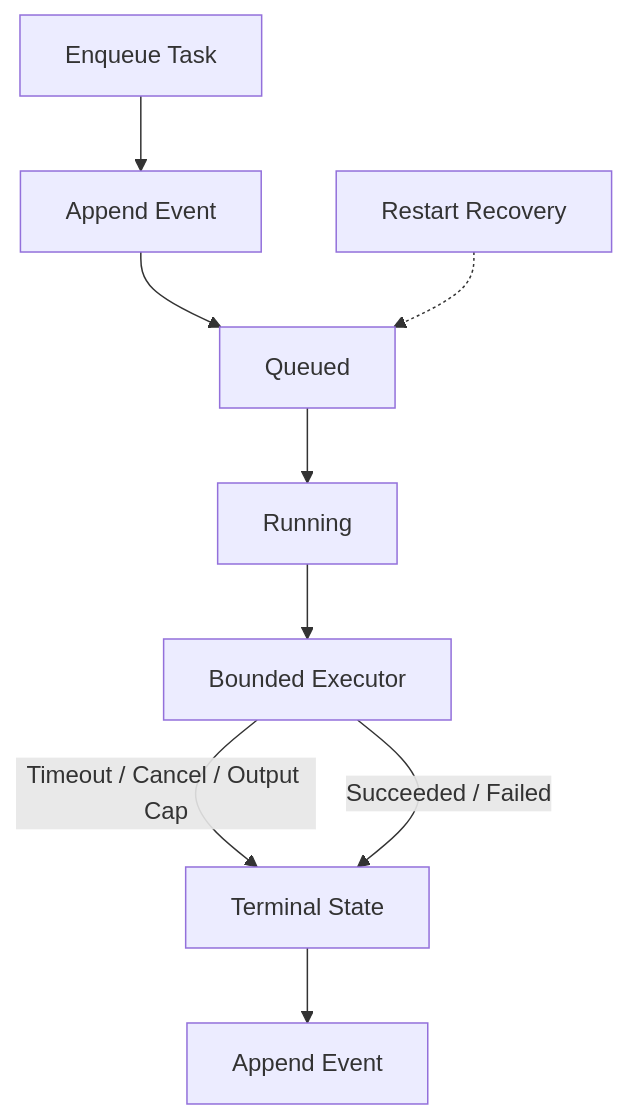
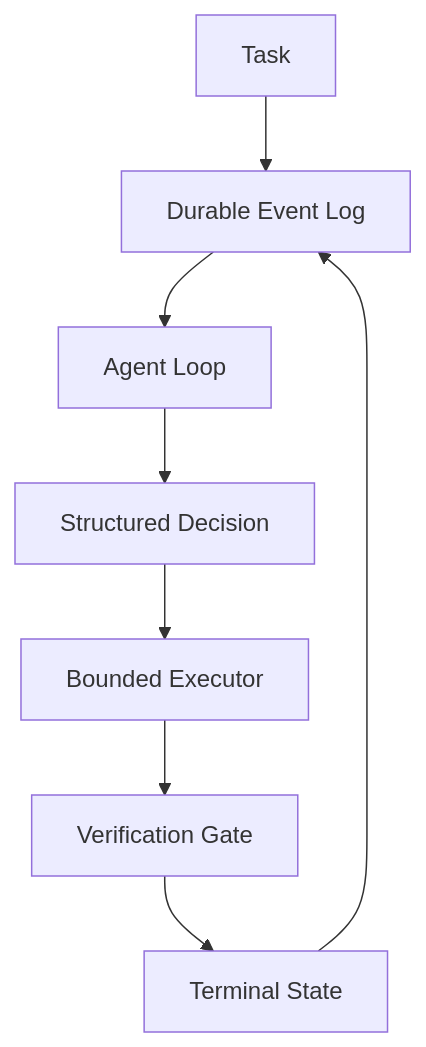
One commit to rustfuture/rust-agent-runtime changed the diagram in README.md. Above: the diagram before and after it, drawn with Mermaid. The commit also changed other lines of this file, not shown here.

````diff
--- a/README.md
+++ b/README.md
@@ -95,11 +45,10 @@
 ```mermaid
 flowchart TD
-    A[Enqueue Task] --> B[Append Event]
-    B --> C[Queued]
-    C --> D[Running]
-    D --> E[Bounded Executor]
-    E -- Timeout / Cancel / Output Cap --> F[Terminal State]
-    E -- Succeeded / Failed --> F
-    F --> G[Append Event]
-    H[Restart Recovery] -.-> C
+    T[Task] --> L[Durable Event Log]
+    L --> A[Agent Loop]
+    A --> D[Structured Decision]
+    D --> X[Bounded Executor]
+    X --> V[Verification Gate]
+    V --> S[Terminal State]
+    S --> L
 ```
````
